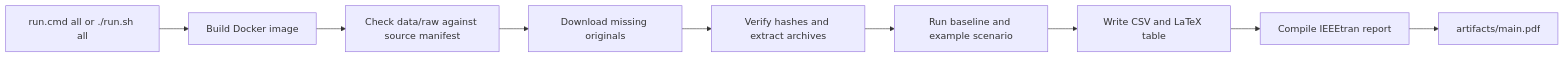
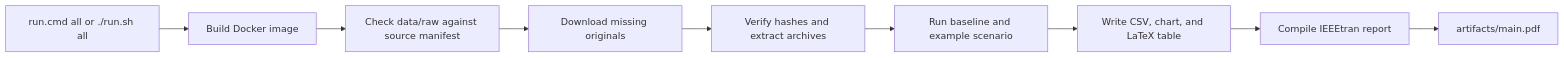
Before and after one commit to brenobeirigo/warehouse-project-template: the diagram in README.md, drawn with Mermaid. The commit also changed other lines of this file and 5 other files, not shown here.

Commit message:
Add grading outline and generated zone chart

````diff
--- a/README.md
+++ b/README.md
@@ -38,11 +39,11 @@
 ```mermaid
 flowchart LR
     A[run.cmd all or ./run.sh all] --> B[Build Docker image]
     B --> C[Check data/raw against source manifest]
     C --> D[Download missing originals]
     D --> E[Verify hashes and extract archives]
     E --> F[Run baseline and example scenario]
-    F --> G[Write CSV and LaTeX table]
+    F --> G[Write CSV, chart, and LaTeX table]
     G --> H[Compile IEEEtran report]
     H --> I[artifacts/main.pdf]
 ```
````
